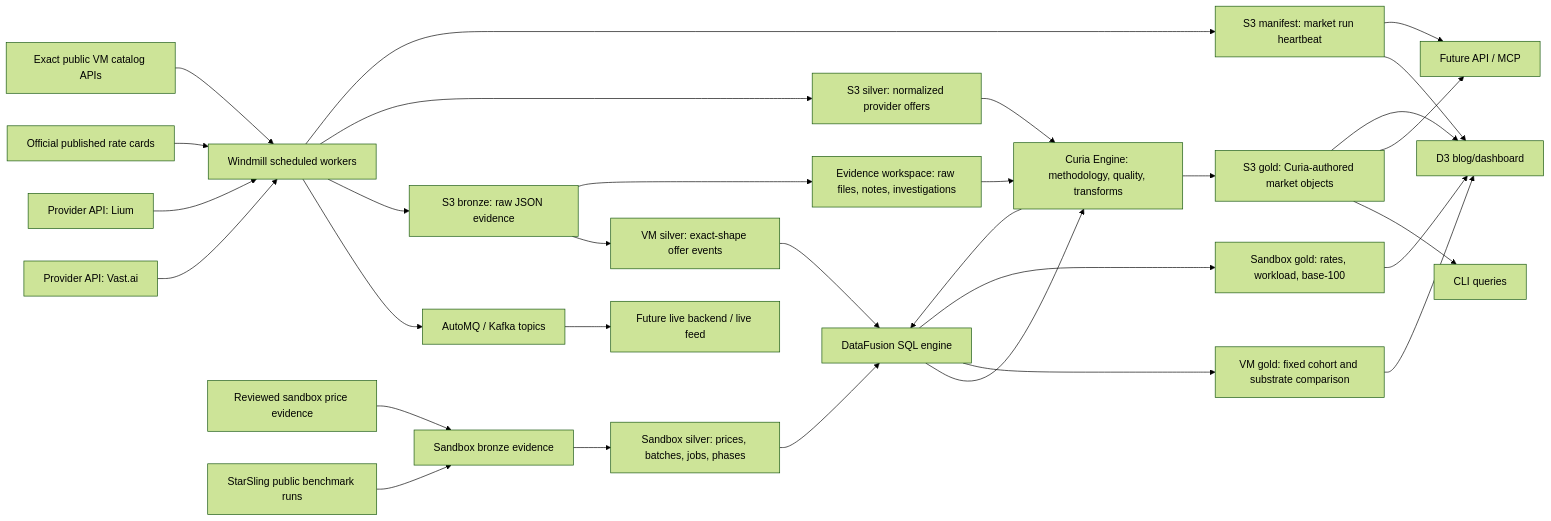
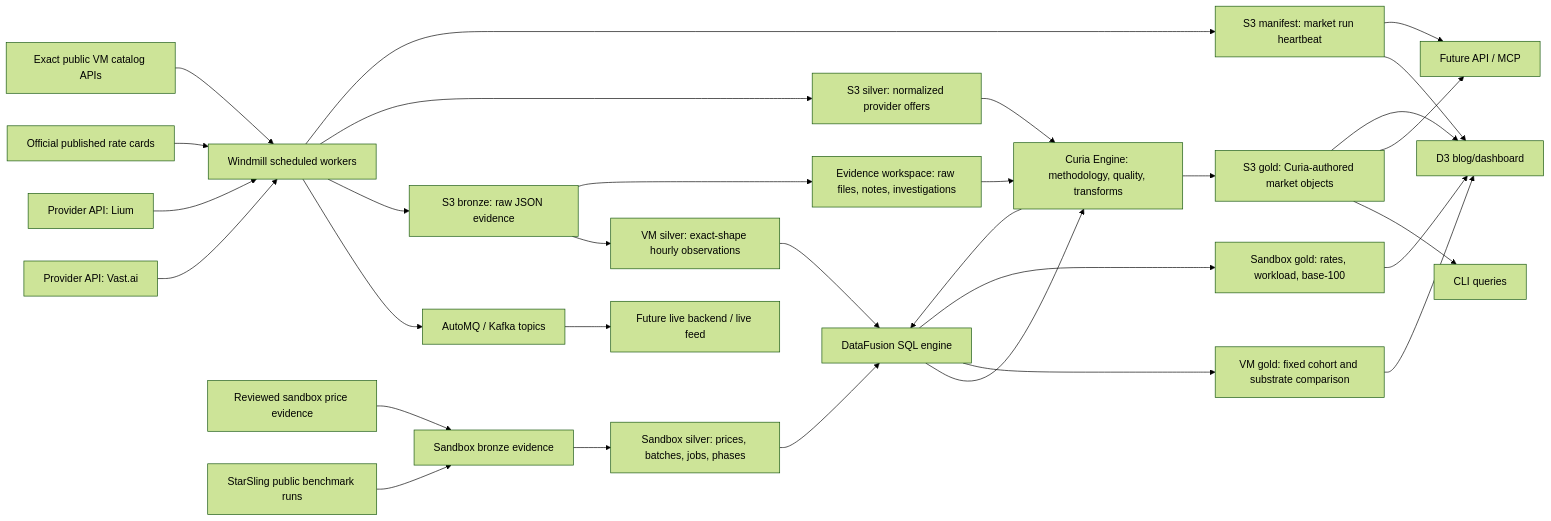
The diagram in docs/architecture.md (gustofied/the-compute-bazaar), drawn with Mermaid (forest theme) before and after one commit. The commit also changed other lines of this file and 13 other files, not shown here.

````diff
--- a/docs/architecture.md
+++ b/docs/architecture.md
@@ -7,36 +7,36 @@
 ```mermaid
 flowchart LR
   Vast["Provider API: Vast.ai"] --> Windmill["Windmill scheduled workers"]
   Lium["Provider API: Lium"] --> Windmill
   Rates["Official published rate cards"] --> Windmill
   VMCatalogs["Exact public VM catalog APIs"] --> Windmill
   SandboxRates["Reviewed sandbox price evidence"] --> SandboxBronze["Sandbox bronze evidence"]
   StarSling["StarSling public benchmark runs"] --> SandboxBronze
 
   Windmill --> AutoMQ["AutoMQ / Kafka topics"]
   Windmill --> Bronze["S3 bronze: raw JSON evidence"]
   Windmill --> Silver["S3 silver: normalized provider offers"]
   Windmill --> MarketRun["S3 manifest: market run heartbeat"]
 
   Silver --> Curia["Curia Engine: methodology, quality, transforms"]
   Curia --> DataFusion["DataFusion SQL engine"]
   DataFusion --> Curia
   Curia --> Gold["S3 gold: Curia-authored market objects"]
-  Bronze --> VMSilver["VM silver: exact-shape offer events"]
+  Bronze --> VMSilver["VM silver: exact-shape hourly observations"]
   VMSilver --> DataFusion
   DataFusion --> VMGold["VM gold: fixed cohort and substrate comparison"]
   SandboxBronze --> SandboxSilver["Sandbox silver: prices, batches, jobs, phases"]
   SandboxSilver --> DataFusion
   DataFusion --> SandboxGold["Sandbox gold: rates, workload, base-100"]
   Bronze --> Workspace["Evidence workspace: raw files, notes, investigations"]
   Workspace --> Curia
 
   Gold --> CLI["CLI queries"]
   Gold --> API["Future API / MCP"]
   Gold --> Dashboard["D3 blog/dashboard"]
   SandboxGold --> Dashboard
   VMGold --> Dashboard
   MarketRun --> Dashboard
   MarketRun --> API
   AutoMQ --> Live["Future live backend / live feed"]
 ```
````
